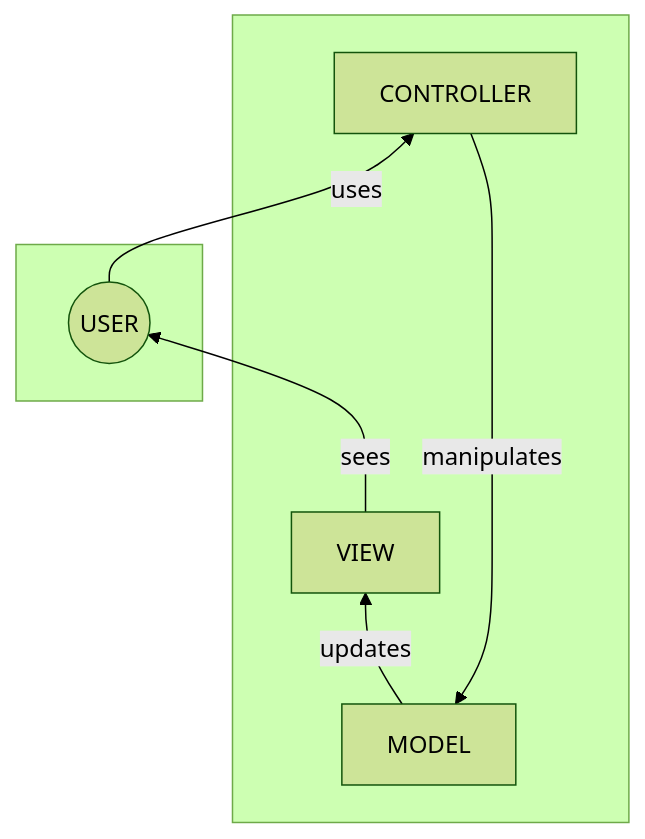
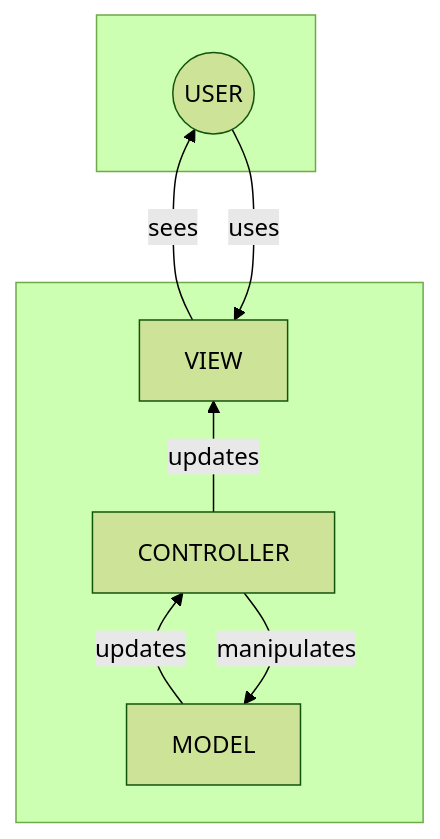
The first of 3 diagrams in 3.2_MVC_And_Simulator.md (jacquesbergelius/PP-CourseMaterial), drawn with Mermaid (forest theme) before and after one commit.

Commit message:
Update 3.2_MVC_And_Simulator.md
Changed 1st image to not have a model -> view connection.

````diff
--- a/3.2_MVC_And_Simulator.md
+++ b/3.2_MVC_And_Simulator.md
@@ -5,17 +5,18 @@
 ```mermaid
 flowchart BT
     subgraph " "
        model[MODEL]
     view[VIEW]
     controller[CONTROLLER]
     end
     
     subgraph " "
     user((USER))
     end
     
     controller -->|manipulates| model
-    model -->|updates| view
-    user -->|uses| controller
+    model -->|updates| controller
+    controller -->|updates| view
+    user -->|uses| view
     view -->|sees| user
 ```
````
